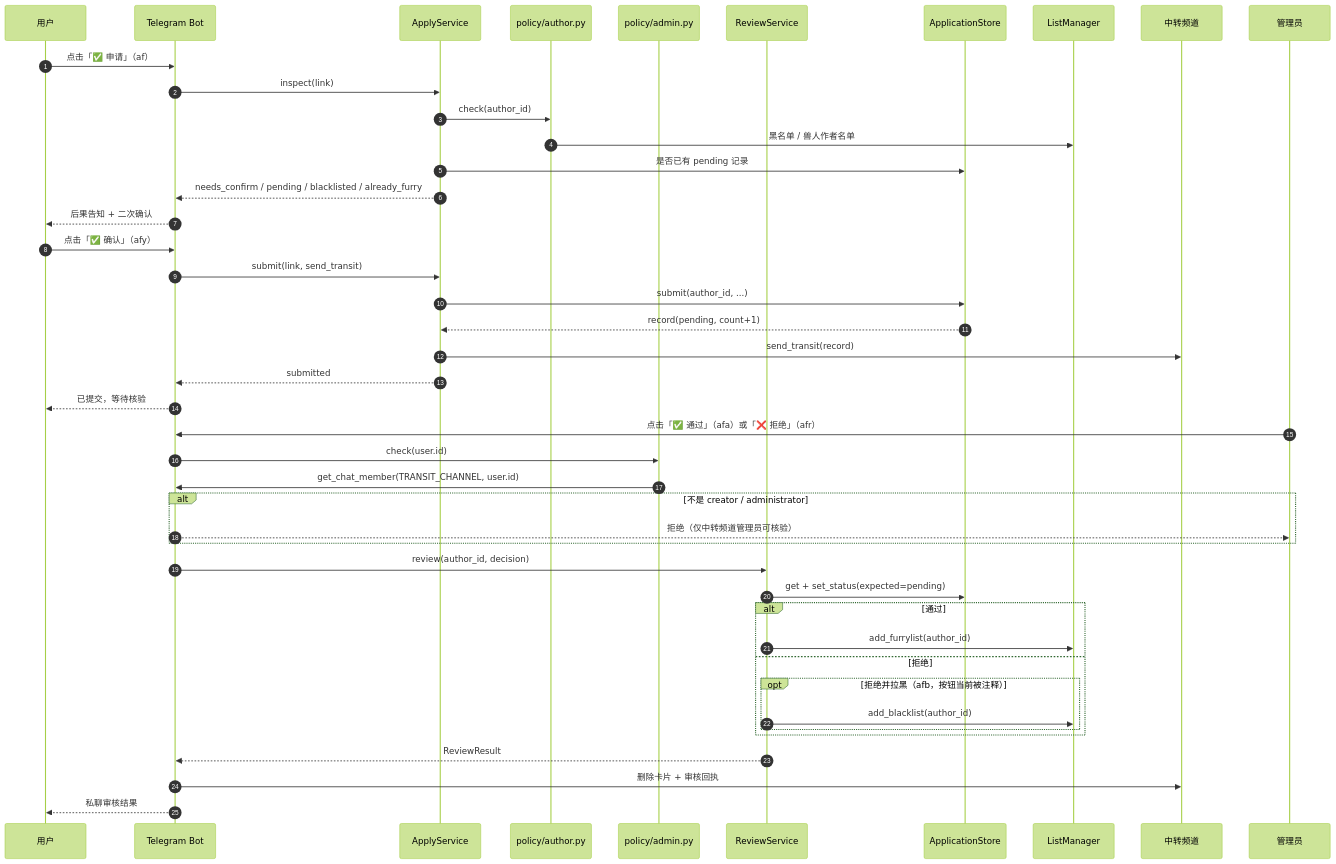
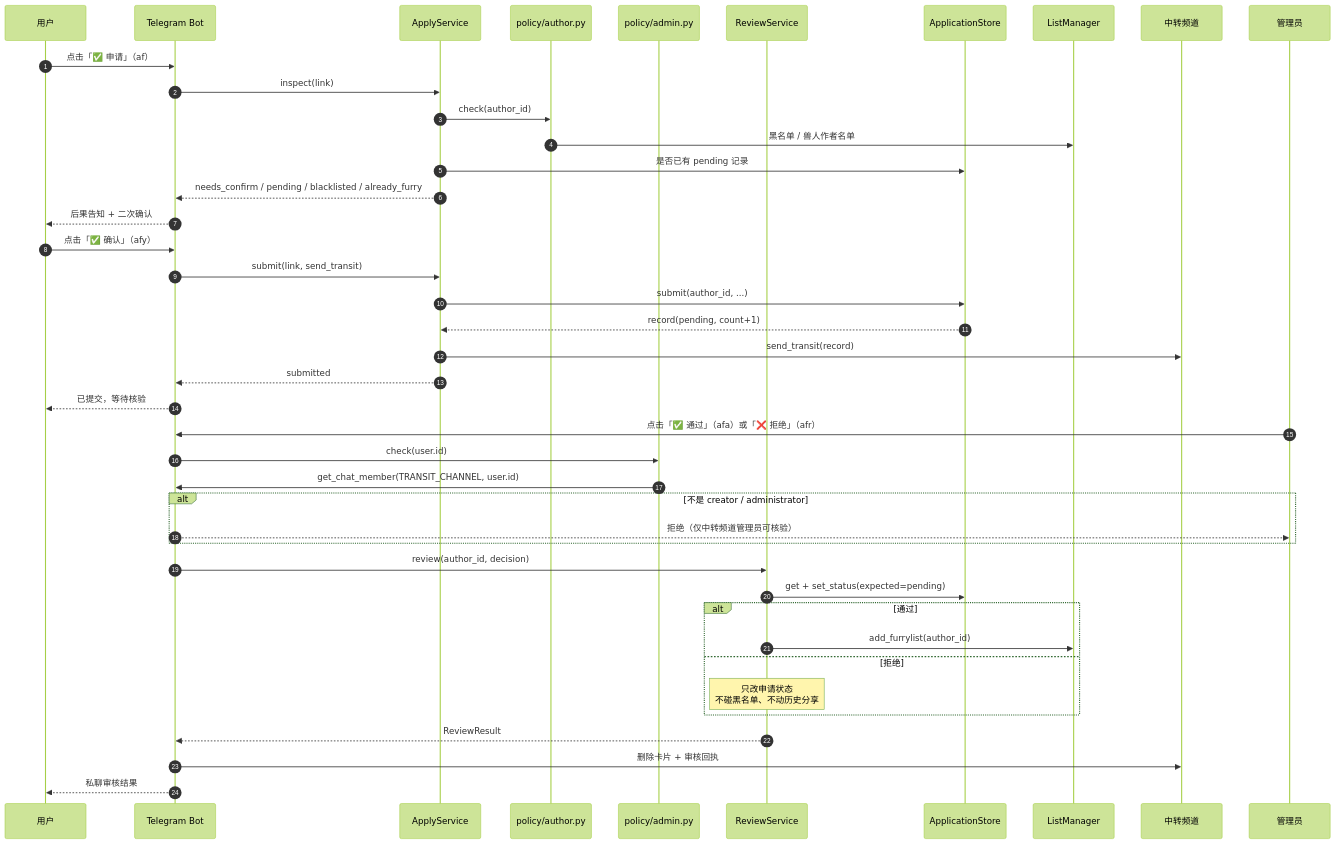
The second of 3 diagrams in docs/05-运行时序.md (DowneyRem/FurryReadingBot), drawn with Mermaid (forest theme) before and after one commit. The commit also changed other lines of this file and 5 other files, not shown here.

````diff
--- a/docs/05-运行时序.md
+++ b/docs/05-运行时序.md
@@ -83,51 +83,49 @@
 ```mermaid
 sequenceDiagram
     autonumber
     participant user as 用户
     participant telegramBot as Telegram Bot
     participant applyService as ApplyService
     participant authorPolicy as policy/author.py
     participant adminPolicy as policy/admin.py
     participant reviewService as ReviewService
     participant applications as ApplicationStore
     participant listManager as ListManager
     participant transit as 中转频道
     participant admin as 管理员
 
     user->>telegramBot: 点击「✅ 申请」（af）
     telegramBot->>applyService: inspect(link)
     applyService->>authorPolicy: check(author_id)
     authorPolicy->>listManager: 黑名单 / 兽人作者名单
     applyService->>applications: 是否已有 pending 记录
     applyService-->>telegramBot: needs_confirm / pending / blacklisted / already_furry
     telegramBot-->>user: 后果告知 + 二次确认
 
     user->>telegramBot: 点击「✅ 确认」（afy）
     telegramBot->>applyService: submit(link, send_transit)
     applyService->>applications: submit(author_id, ...)
     applications-->>applyService: record(pending, count+1)
     applyService->>transit: send_transit(record)
     applyService-->>telegramBot: submitted
     telegramBot-->>user: 已提交，等待核验
 
     admin->>telegramBot: 点击「✅ 通过」（afa）或「❌ 拒绝」（afr）
     telegramBot->>adminPolicy: check(user.id)
     adminPolicy->>telegramBot: get_chat_member(TRANSIT_CHANNEL, user.id)
     alt 不是 creator / administrator
         telegramBot-->>admin: 拒绝（仅中转频道管理员可核验）
     end
     telegramBot->>reviewService: review(author_id, decision)
     reviewService->>applications: get + set_status(expected=pending)
 
     alt 通过
         reviewService->>listManager: add_furrylist(author_id)
     else 拒绝
-        opt 拒绝并拉黑（afb，按钮当前被注释）
-            reviewService->>listManager: add_blacklist(author_id)
-        end
+        note over reviewService: 只改申请状态<br/>不碰黑名单、不动历史分享
     end
 
     reviewService-->>telegramBot: ReviewResult
     telegramBot->>transit: 删除卡片 + 审核回执
     telegramBot-->>user: 私聊审核结果
 ```
````
